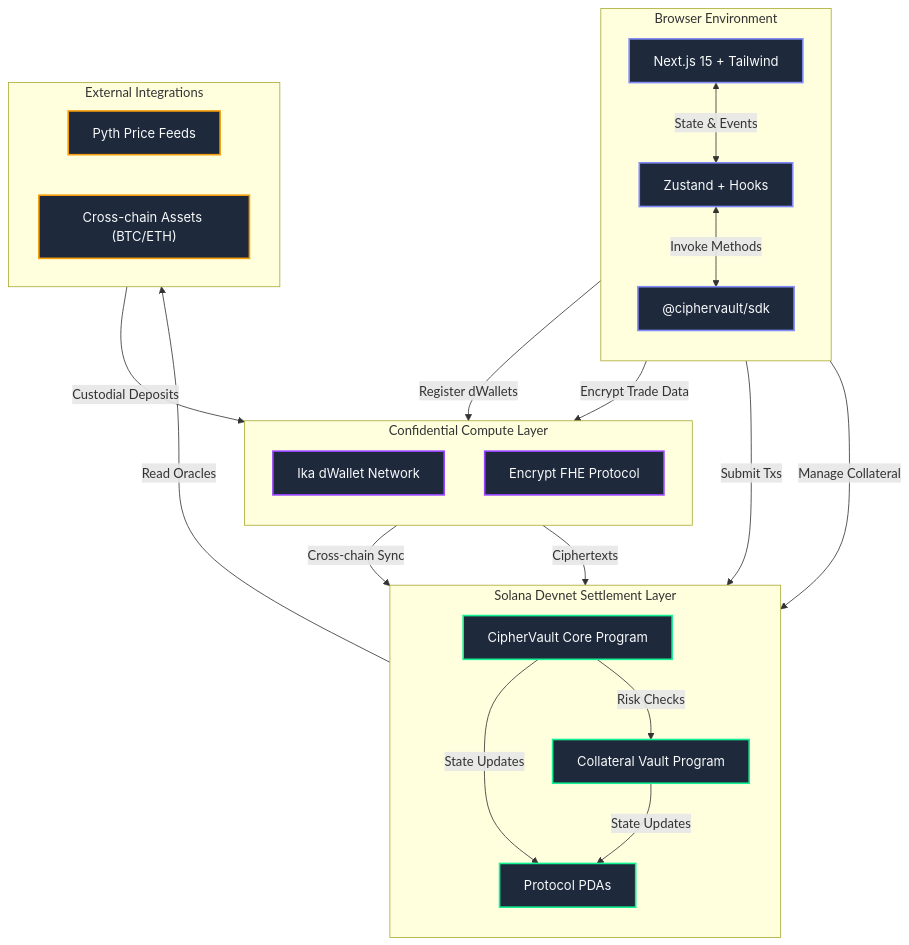
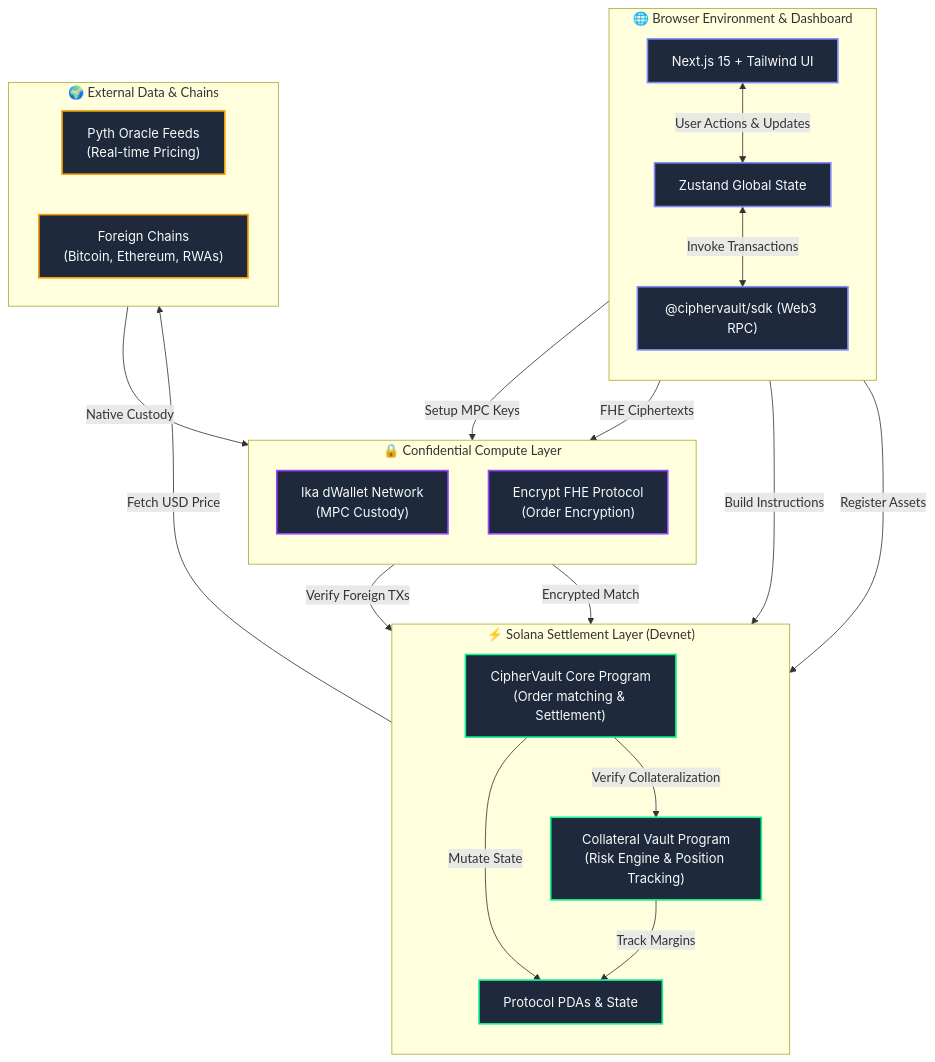
The diagram in README.md (Gokul-social/CipherVault), drawn with Mermaid before and after one commit. The commit also changed other lines of this file and 1 other file, not shown here.

Commit message:
docs: finalize architecture diagram in README

````diff
--- a/README.md
+++ b/README.md
@@ -65,48 +74,48 @@
 ```mermaid
 graph TD
     classDef frontend fill:#1E293B,stroke:#818CF8,stroke-width:2px,color:#F8FAFC,font-family:Inter
     classDef onchain fill:#1E293B,stroke:#14F195,stroke-width:2px,color:#F8FAFC,font-family:Inter
     classDef conf fill:#1E293B,stroke:#9945FF,stroke-width:2px,color:#F8FAFC,font-family:Inter
     classDef ext fill:#1E293B,stroke:#F59E0B,stroke-width:2px,color:#F8FAFC,font-family:Inter
 
-    subgraph BROWSER ["Browser Environment"]
+    subgraph BROWSER ["🌐 Browser Environment & Dashboard"]
         direction TB
-        UI["Next.js 15 + Tailwind"]:::frontend
-        STORE["Zustand + Hooks"]:::frontend
-        SDK["@ciphervault/sdk"]:::frontend
+        UI["Next.js 15 + Tailwind UI"]:::frontend
+        STORE["Zustand Global State"]:::frontend
+        SDK["@ciphervault/sdk (Web3 RPC)"]:::frontend
     end
 
-    subgraph SOLANA ["Solana Devnet Settlement Layer"]
+    subgraph SOLANA ["⚡ Solana Settlement Layer (Devnet)"]
         direction TB
-        CORE["CipherVault Core Program"]:::onchain
-        VAULT["Collateral Vault Program"]:::onchain
-        PDAS["Protocol PDAs"]:::onchain
+        CORE["CipherVault Core Program\n(Order matching & Settlement)"]:::onchain
+        VAULT["Collateral Vault Program\n(Risk Engine & Position Tracking)"]:::onchain
+        PDAS["Protocol PDAs & State"]:::onchain
     end
 
-    subgraph CONFIDENTIAL ["Confidential Compute Layer"]
+    subgraph CONFIDENTIAL ["🔒 Confidential Compute Layer"]
         direction TB
-        IKA["Ika dWallet Network"]:::conf
-        ENC["Encrypt FHE Protocol"]:::conf
+        IKA["Ika dWallet Network\n(MPC Custody)"]:::conf
+        ENC["Encrypt FHE Protocol\n(Order Encryption)"]:::conf
     end
 
-    subgraph EXTERNAL ["External Integrations"]
+    subgraph EXTERNAL ["🌍 External Data & Chains"]
         direction LR
-        PYTH["Pyth Price Feeds"]:::ext
-        XC["Cross-chain Assets (BTC/ETH)"]:::ext
+        PYTH["Pyth Oracle Feeds\n(Real-time Pricing)"]:::ext
+        XC["Foreign Chains\n(Bitcoin, Ethereum, RWAs)"]:::ext
     end
 
-    UI <--> |"State & Events"| STORE
-    STORE <--> |"Invoke Methods"| SDK
-    SDK --> |"Register dWallets"| IKA
-    SDK --> |"Encrypt Trade Data"| ENC
-    SDK --> |"Submit Txs"| CORE
-    SDK --> |"Manage Collateral"| VAULT
+    UI <--> |"User Actions & Updates"| STORE
+    STORE <--> |"Invoke Transactions"| SDK
+    SDK --> |"Setup MPC Keys"| IKA
+    SDK --> |"FHE Ciphertexts"| ENC
+    SDK --> |"Build Instructions"| CORE
+    SDK --> |"Register Assets"| VAULT
     
-    CORE --> |"State Updates"| PDAS
-    VAULT --> |"State Updates"| PDAS
-    CORE --> |"Risk Checks"| VAULT
-    VAULT --> |"Read Oracles"| PYTH
-    IKA --> |"Cross-chain Sync"| VAULT
-    ENC --> |"Ciphertexts"| CORE
-    XC --> |"Custodial Deposits"| IKA
+    CORE --> |"Mutate State"| PDAS
+    VAULT --> |"Track Margins"| PDAS
+    CORE --> |"Verify Collateralization"| VAULT
+    VAULT --> |"Fetch USD Price"| PYTH
+    IKA --> |"Verify Foreign TXs"| VAULT
+    ENC --> |"Encrypted Match"| CORE
+    XC --> |"Native Custody"| IKA
 ```
````
